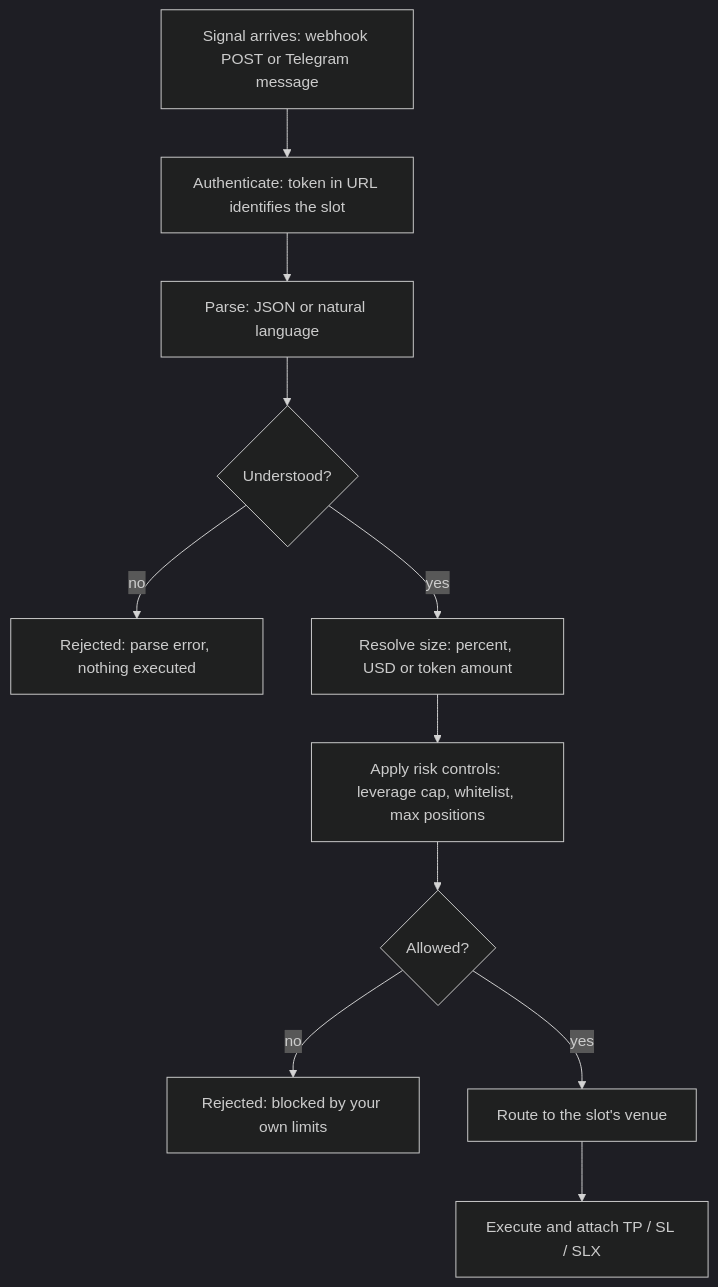
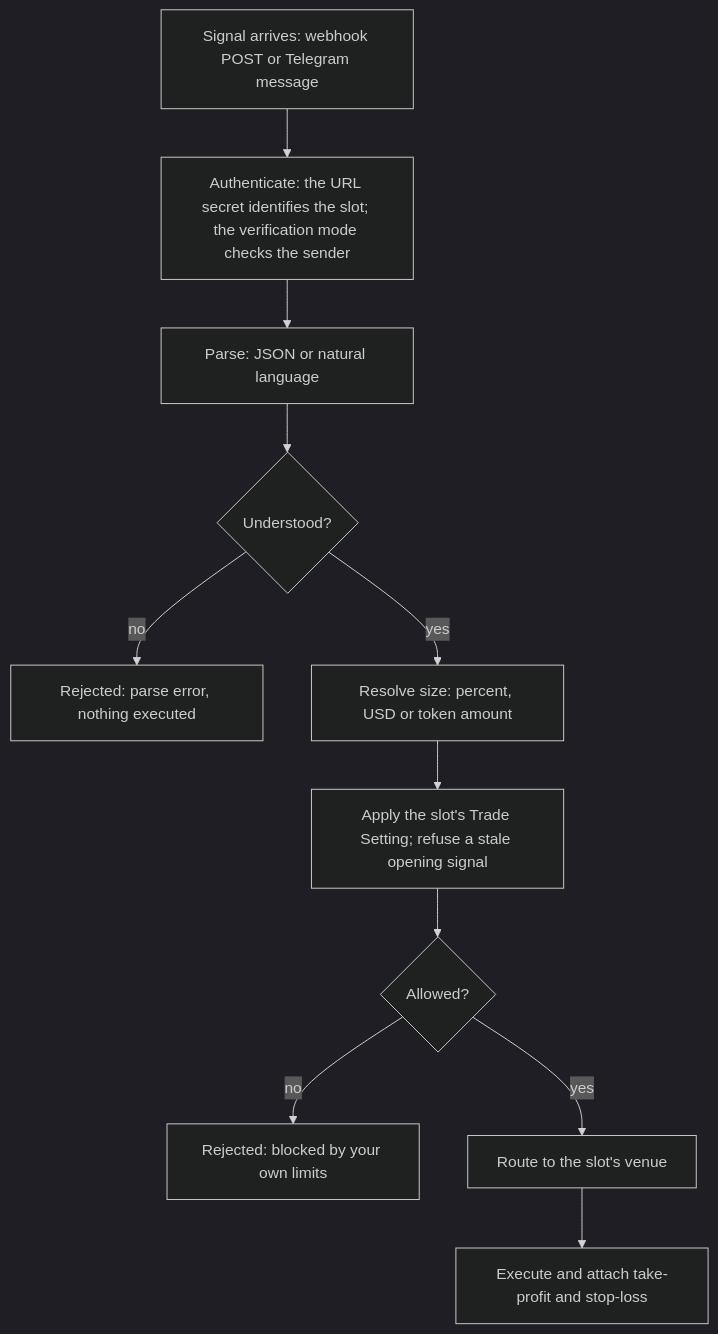
Before and after one commit to MetaStation-fi/MetaStation-Docs-and-Blogs: the diagram in docs/concepts/signal-pipeline.mdx, drawn with Mermaid (dark theme). The commit also changed other lines of this file and 26 other files, not shown here.

````diff
--- a/docs/concepts/signal-pipeline.mdx
+++ b/docs/concepts/signal-pipeline.mdx
@@ -24,13 +24,13 @@
 ```mermaid
 graph TD
-  A["Signal arrives: webhook POST or Telegram message"] --> B["Authenticate: token in URL identifies the slot"]
+  A["Signal arrives: webhook POST or Telegram message"] --> B["Authenticate: the URL secret identifies the slot; the verification mode checks the sender"]
   B --> C["Parse: JSON or natural language"]
   C --> D{"Understood?"}
   D -- no --> R1["Rejected: parse error, nothing executed"]
   D -- yes --> E["Resolve size: percent, USD or token amount"]
-  E --> F["Apply risk controls: leverage cap, whitelist, max positions"]
+  E --> F["Apply the slot's Trade Setting; refuse a stale opening signal"]
   F --> G{"Allowed?"}
   G -- no --> R2["Rejected: blocked by your own limits"]
   G -- yes --> H["Route to the slot's venue"]
-  H --> I["Execute and attach TP / SL / SLX"]
+  H --> I["Execute and attach take-profit and stop-loss"]
 ```
````
